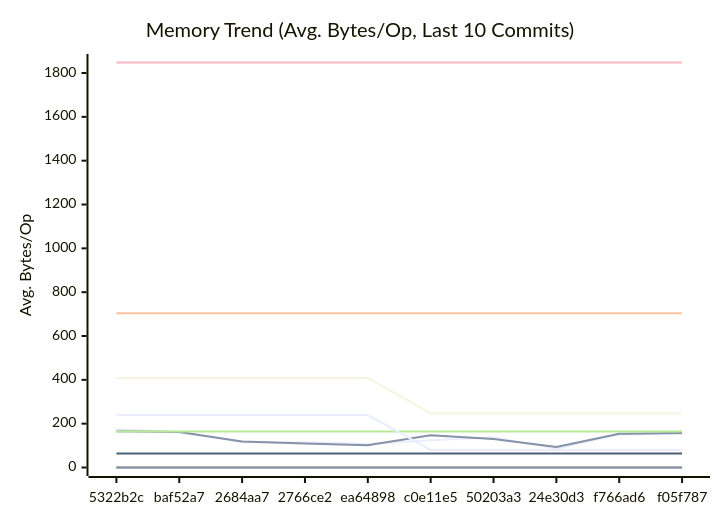
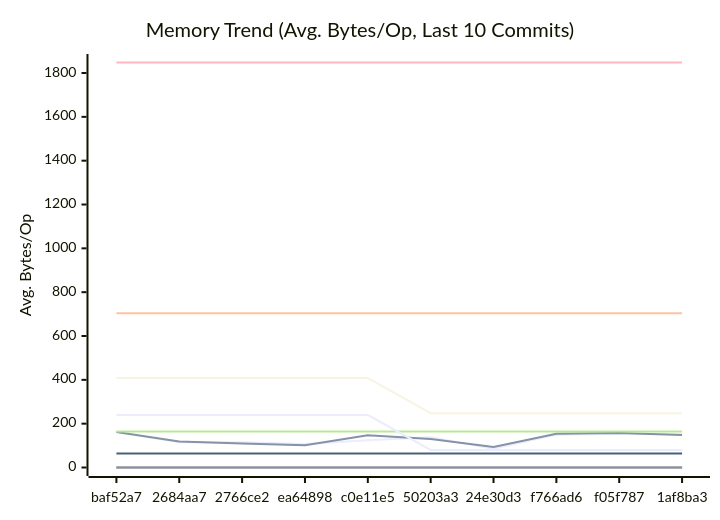
The second of 3 diagrams in docs/PERFORMANCE.md (alsotoes/momo), drawn with Mermaid before and after one commit. The commit also changed other lines of this file and 4 other files, not shown here.

````diff
--- a/docs/PERFORMANCE.md
+++ b/docs/PERFORMANCE.md
@@ -171,20 +171,20 @@
 ```mermaid
 xychart-beta
     title "Memory Trend (Avg. Bytes/Op, Last 10 Commits)"
     x-axis "Commit"
     y-axis "Avg. Bytes/Op"
-    x-axis [5322b2c,baf52a7,2684aa7,2766ce2,ea64898,c0e11e5,50203a3,24e30d3,f766ad6,f05f787]
-    line "AWSChunkedReaderSigned" [175,162,115,115,107,124,138,86,150,154]
-    line "AWSChunkedReaderUnsigned" [165,162,119,110,102,147,130,94,154,157]
+    x-axis [baf52a7,2684aa7,2766ce2,ea64898,c0e11e5,50203a3,24e30d3,f766ad6,f05f787,1af8ba3]
+    line "AWSChunkedReaderSigned" [162,115,115,107,124,138,86,150,154,152]
+    line "AWSChunkedReaderUnsigned" [162,119,110,102,147,130,94,154,157,148]
     line "CheckMetricsAndSwap" [0,0,0,0,0,0,0,0,0,0]
     line "CrushOptimized" [0,0,0,0,0,0,0,0,0,0]
     line "CrushOriginal" [164,164,164,164,164,164,164,164,164,164]
     line "IndexDirectTracking" [0,0,0,0,0,0,0,0,0,0]
     line "IndexSearch" [0,0,0,0,0,0,0,0,0,0]
     line "LoadGlobalConfig" [1848,1848,1848,1848,1848,1848,1848,1848,1848,1848]
     line "PadString" [64,64,64,64,64,64,64,64,64,64]
     line "ParseReplicationOrder_NoPrealloc" [408,408,408,408,408,248,248,248,248,248]
     line "ParseReplicationOrder_Prealloc" [240,240,240,240,240,80,80,80,80,80]
     line "SanitizeLog/Safe" [0,0,0,0,0,0,0,0,0,0]
     line "SanitizeLog/Unsafe" [704,704,704,704,704,704,704,704,704,704]
 ```
````
